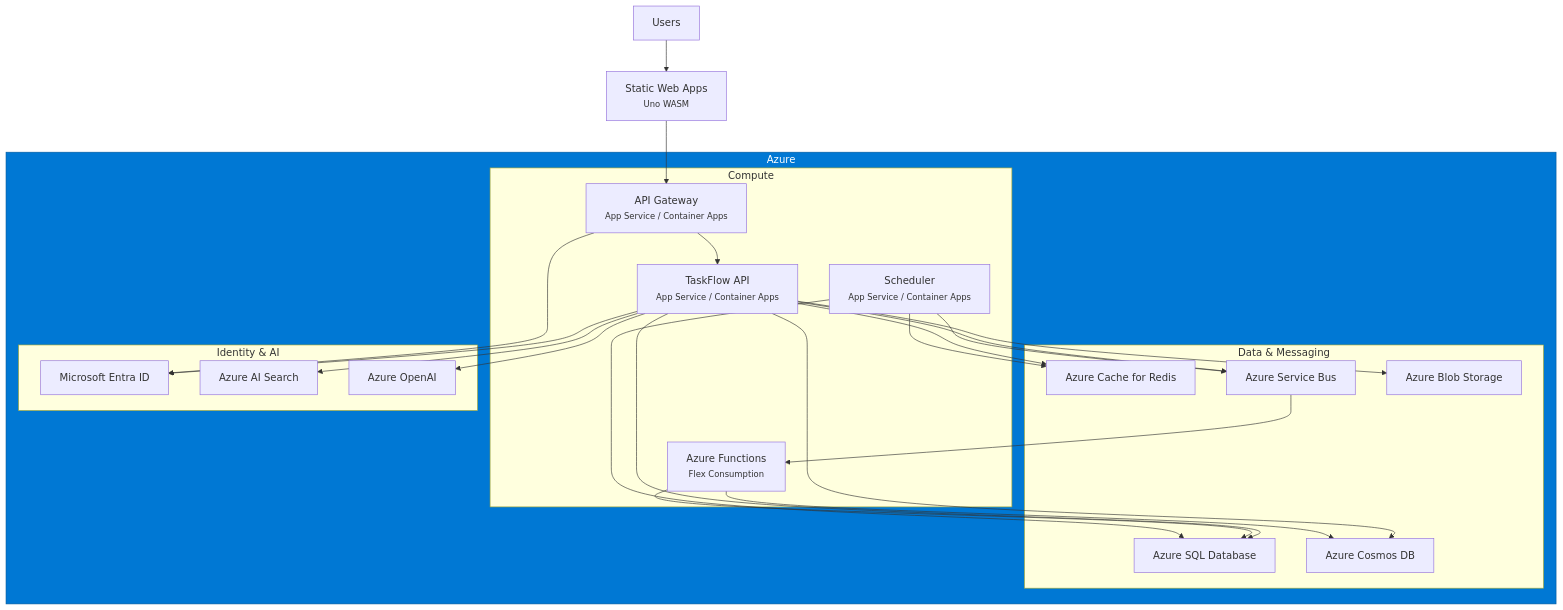
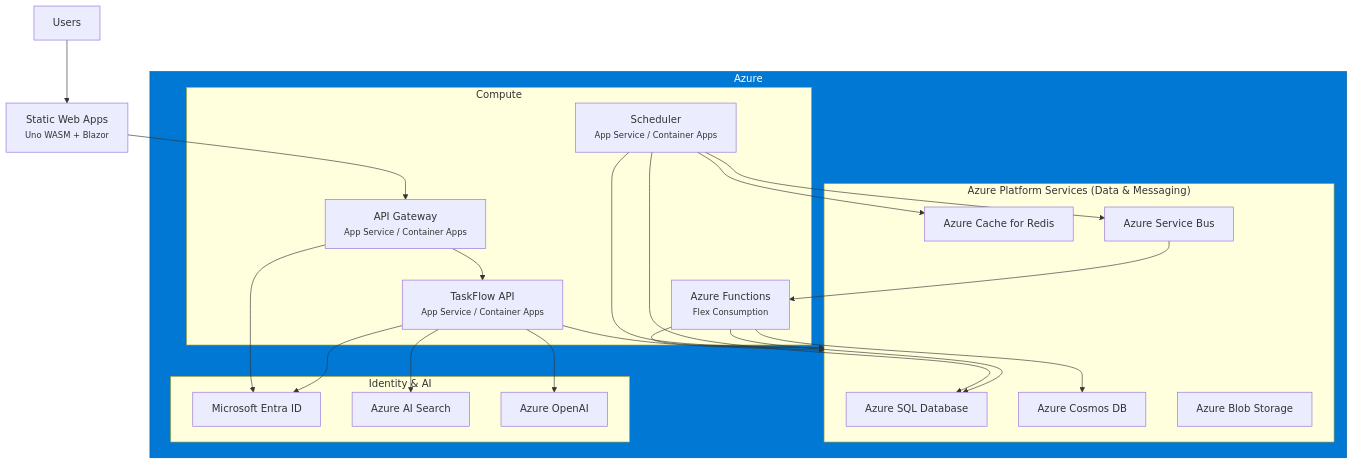
Diagram 14 of 18 in docs/tech-design.md (efreeman518/AI-Instructions-ReferenceApp), drawn with Mermaid before and after one commit. The commit also changed other lines of this file and 15 other files, not shown here.

````diff
--- a/docs/tech-design.md
+++ b/docs/tech-design.md
@@ -681,41 +715,43 @@
 ```mermaid
 graph TB
     subgraph azure["Azure"]
         subgraph compute["Compute"]
             GW_AZ["API Gateway<br/><small>App Service / Container Apps</small>"]
             API_AZ["TaskFlow API<br/><small>App Service / Container Apps</small>"]
             FN_AZ["Azure Functions<br/><small>Flex Consumption</small>"]
             SCH_AZ["Scheduler<br/><small>App Service / Container Apps</small>"]
         end
 
-        subgraph data["Data & Messaging"]
+        subgraph data["Azure Platform Services (Data & Messaging)"]
             SQL_AZ["Azure SQL Database"]
             REDIS_AZ["Azure Cache for Redis"]
             COSMOS_AZ["Azure Cosmos DB"]
             SB_AZ["Azure Service Bus"]
             BLOB_AZ["Azure Blob Storage"]
         end
 
         subgraph identity["Identity & AI"]
             ENTRA["Microsoft Entra ID"]
             SEARCH["Azure AI Search"]
             OAI["Azure OpenAI"]
         end
     end
 
-    SWA["Static Web Apps<br/><small>Uno WASM</small>"]
+    SWA["Static Web Apps<br/><small>Uno WASM + Blazor</small>"]
     USER["Users"]
 
     USER --> SWA
     SWA --> GW_AZ
     GW_AZ --> API_AZ
-    API_AZ --> SQL_AZ & REDIS_AZ & COSMOS_AZ & SB_AZ & BLOB_AZ
+    API_AZ --> data
+    FN_AZ --> data
+    SCH_AZ --> data
     API_AZ --> SEARCH & OAI
     SB_AZ --> FN_AZ
     FN_AZ --> SQL_AZ & COSMOS_AZ
     SCH_AZ --> SQL_AZ & REDIS_AZ & SB_AZ
     API_AZ --> ENTRA
     GW_AZ --> ENTRA
 
     style azure fill:#0078d4,stroke:#005a9e,color:#fff
 ```
````
